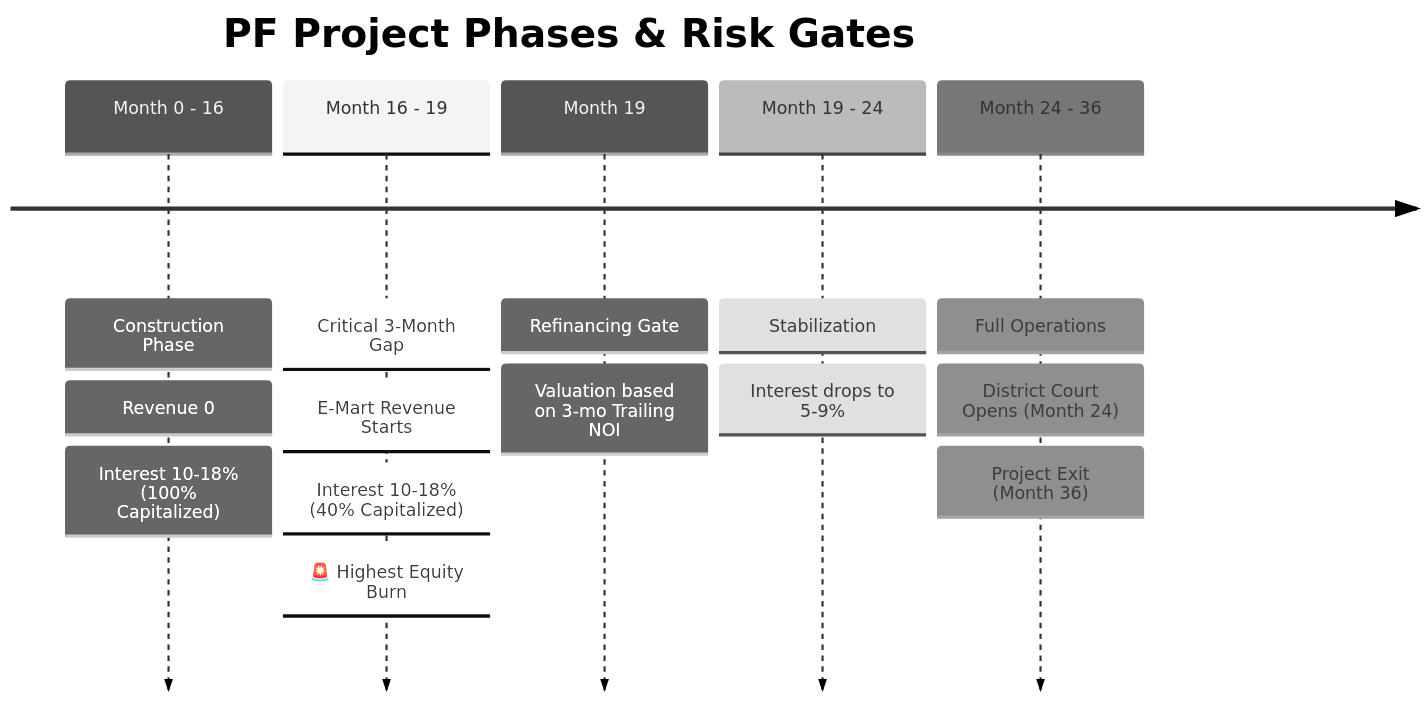
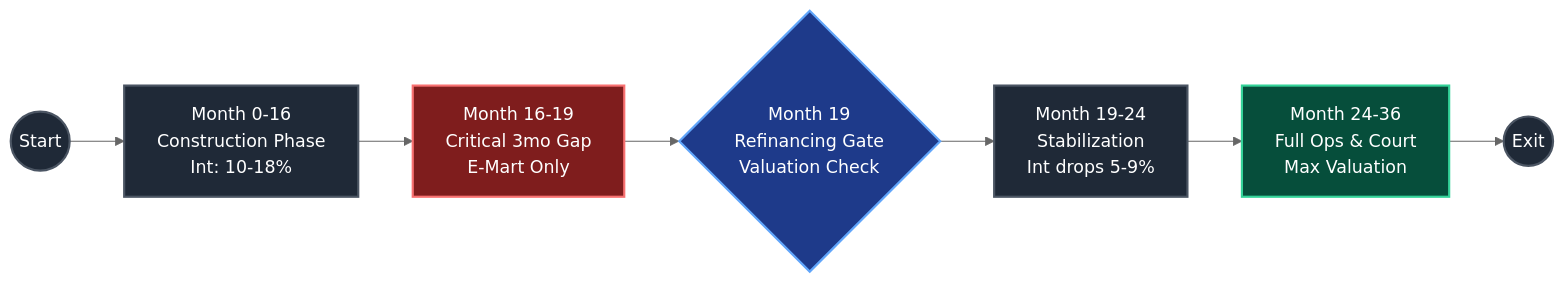
The first of 2 diagrams in README.md (aestim/real-estate-pf-liquidity-risk), drawn with Mermaid (neutral theme) before and after one commit.

````diff
--- a/README.md
+++ b/README.md
@@ -67,18 +67,14 @@
 ```mermaid
-timeline
-    title PF Project Phases & Risk Gates
-    Month 0 - 16 : Construction Phase
-                 : Revenue 0
-                 : Interest 10-18% (100% Capitalized)
-    Month 16 - 19 : Critical 3-Month Gap
-                  : E-Mart Revenue Starts
-                  : Interest 10-18% (40% Capitalized)
-                  : 🚨 Highest Equity Burn
-    Month 19 : Refinancing Gate
-             : Valuation based on 3-mo Trailing NOI
-    Month 19 - 24 : Stabilization
-                  : Interest drops to 5-9%
-    Month 24 - 36 : Full Operations
-                  : District Court Opens (Month 24)
-                  : Project Exit (Month 36)
+flowchart LR
+    classDef default fill:#1f2937,stroke:#4b5563,stroke-width:2px,color:#fff
+    classDef danger fill:#7f1d1d,stroke:#f87171,stroke-width:2px,color:#fff
+    classDef gate fill:#1e3a8a,stroke:#60a5fa,stroke-width:2px,color:#fff
+    classDef success fill:#064e3b,stroke:#34d399,stroke-width:2px,color:#fff
+
+    Start((Start)) --> Const[Month 0-16<br/>Construction Phase<br/>Int: 10-18%]
+    Const --> Gap[Month 16-19<br/>Critical 3mo Gap<br/>E-Mart Only]:::danger
+    Gap --> Refi{Month 19<br/>Refinancing Gate<br/>Valuation Check}:::gate
+    Refi --> Stab[Month 19-24<br/>Stabilization<br/>Int drops 5-9%]
+    Stab --> Ops[Month 24-36<br/>Full Ops & Court<br/>Max Valuation]:::success
+    Ops --> Exit((Exit))
 ```
````
